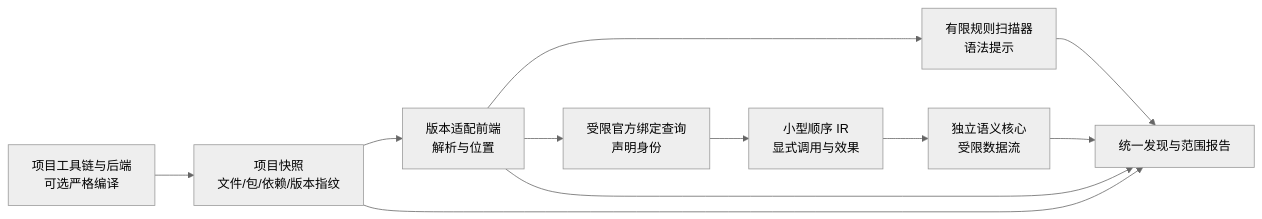
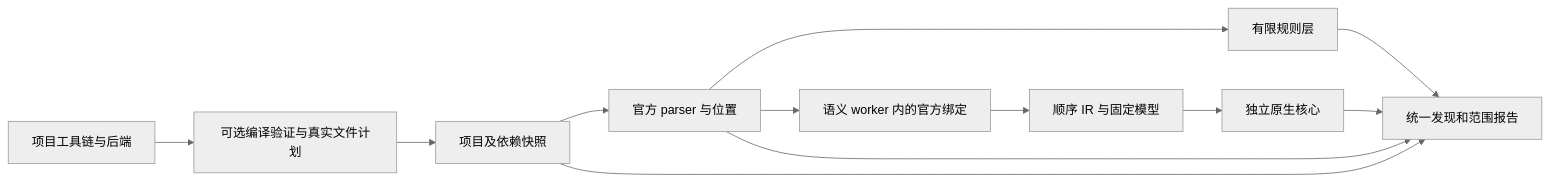
One commit to I3eg1nner/moon-audit changed the diagram in docs/architecture-plan-2026-09-24.md. Above: the diagram before and after it, drawn with Mermaid (neutral theme). The commit also changed other lines of this file and 26 other files, not shown here.

````diff
--- a/docs/architecture-plan-2026-09-24.md
+++ b/docs/architecture-plan-2026-09-24.md
@@ -25,13 +15,14 @@
 ```mermaid
 flowchart LR
-    P[项目工具链与后端<br/>可选严格编译] --> M[项目快照<br/>文件/包/依赖/版本指纹]
-    M --> F[版本适配前端<br/>解析与位置]
-    F --> S[有限规则扫描器<br/>语法提示]
-    F --> B[受限官方绑定查询<br/>声明身份]
-    B --> I[小型顺序 IR<br/>显式调用与效果]
-    I --> E[独立语义核心<br/>受限数据流]
-    S --> R[统一发现与范围报告]
+    P[项目工具链与后端] --> V[可选编译验证与真实文件计划]
+    V --> M[项目及依赖快照]
+    M --> F[官方 parser 与位置]
+    F --> S[有限规则层]
+    F --> B[语义 worker 内的官方绑定]
+    B --> I[顺序 IR 与固定模型]
+    I --> E[独立原生核心]
+    S --> R[统一发现和范围报告]
     E --> R
     M --> R
     F --> R
 ```
````
